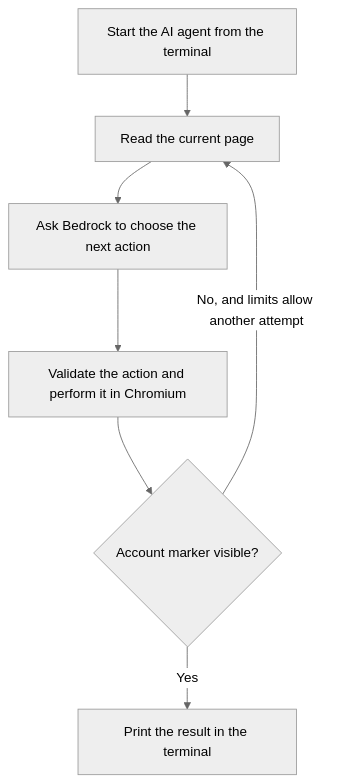
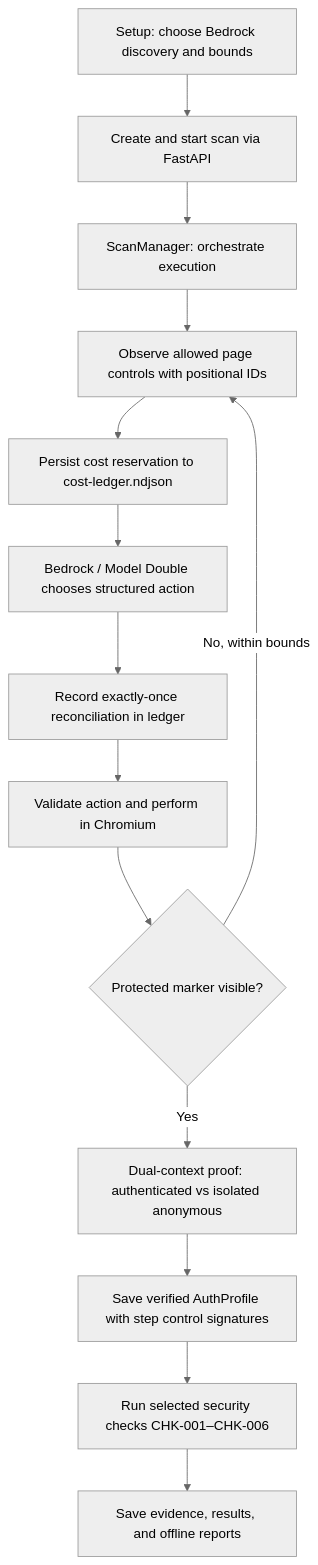
Before and after one commit to Sytechia2/AuthFlowGuard-Revamped: the fourth of 4 diagrams in Documentation/ARCHITECTURE.md, drawn with Mermaid (neutral theme). The commit also changed other lines of this file and 33 other files, not shown here.

Commit message:
Integrate Bedrock web discovery with verified scans

````diff
--- a/Documentation/ARCHITECTURE.md
+++ b/Documentation/ARCHITECTURE.md
@@ -183,9 +182,16 @@
 ```mermaid
 flowchart TD
-    Start["Start the AI agent from the terminal"] --> Read["Read the current page"]
-    Read --> Model["Ask Bedrock to choose the next action"]
-    Model --> Execute["Validate the action and perform it in Chromium"]
-    Execute --> Done{"Account marker visible?"}
-    Done -->|"No, and limits allow another attempt"| Read
-    Done -->|"Yes"| Finish["Print the result in the terminal"]
+    Setup["Setup: choose Bedrock discovery and bounds"] --> API["Create and start scan via FastAPI"]
+    API --> Manager["ScanManager: orchestrate execution"]
+    Manager --> Observe["Observe allowed page controls with positional IDs"]
+    Observe --> Reserve["Persist cost reservation to cost-ledger.ndjson"]
+    Reserve --> Model["Bedrock / Model Double chooses structured action"]
+    Model --> Reconcile["Record exactly-once reconciliation in ledger"]
+    Reconcile --> Execute["Validate action and perform in Chromium"]
+    Execute --> Goal{"Protected marker visible?"}
+    Goal -->|No, within bounds| Observe
+    Goal -->|Yes| Proof["Dual-context proof: authenticated vs isolated anonymous"]
+    Proof --> Profile["Save verified AuthProfile with step control signatures"]
+    Profile --> Checks["Run selected security checks CHK-001–CHK-006"]
+    Checks --> Report["Save evidence, results, and offline reports"]
 ```
````
